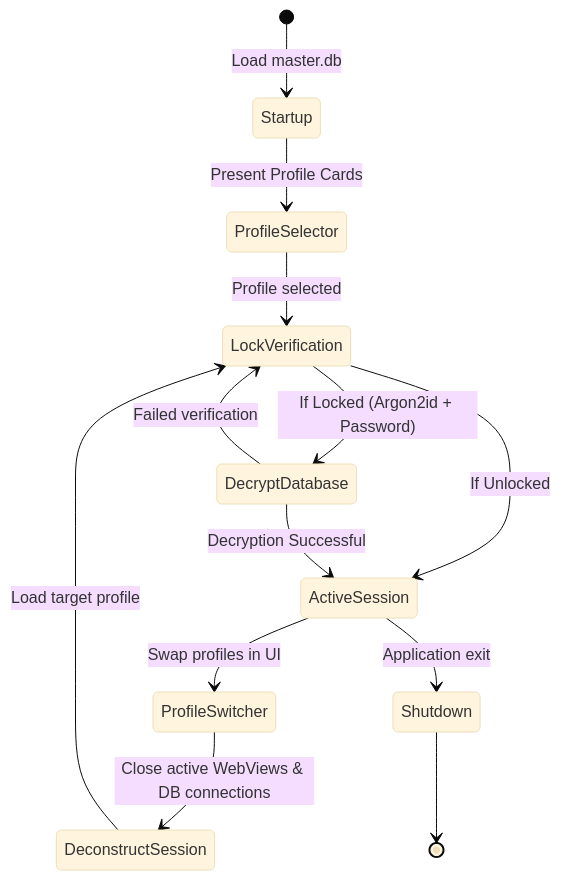
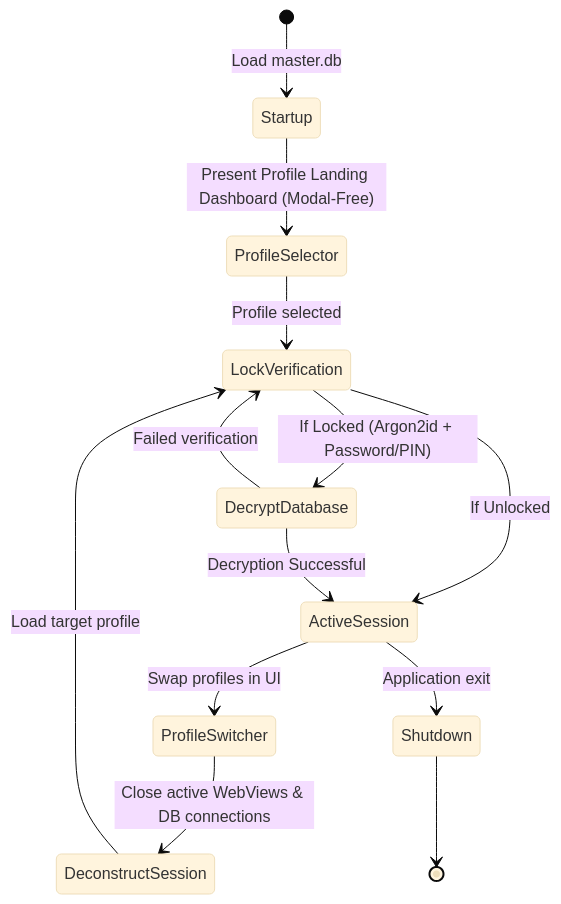
Before and after one commit to lokeshchoudharyprogrammer/Aether-Browser: the second of 2 diagrams in docs/05_multi_profile_architecture.md, drawn with Mermaid (base theme). The commit also changed other lines of this file and 3 other files, not shown here.

Commit message:
docs: update architectural documentation to match new UI features

````diff
--- a/docs/05_multi_profile_architecture.md
+++ b/docs/05_multi_profile_architecture.md
@@ -65,15 +72,15 @@
 ```mermaid
 stateDiagram-v2
     [*] --> Startup: Load master.db
-    Startup --> ProfileSelector: Present Profile Cards
+    Startup --> ProfileSelector: Present Profile Landing Dashboard (Modal-Free)
     ProfileSelector --> LockVerification: Profile selected
-    LockVerification --> DecryptDatabase: If Locked (Argon2id + Password)
+    LockVerification --> DecryptDatabase: If Locked (Argon2id + Password/PIN)
     LockVerification --> ActiveSession: If Unlocked
     DecryptDatabase --> ActiveSession: Decryption Successful
     DecryptDatabase --> LockVerification: Failed verification
     ActiveSession --> ProfileSwitcher: Swap profiles in UI
     ProfileSwitcher --> DeconstructSession: Close active WebViews & DB connections
     DeconstructSession --> LockVerification: Load target profile
     ActiveSession --> Shutdown: Application exit
     Shutdown --> [*]
 ```
````
